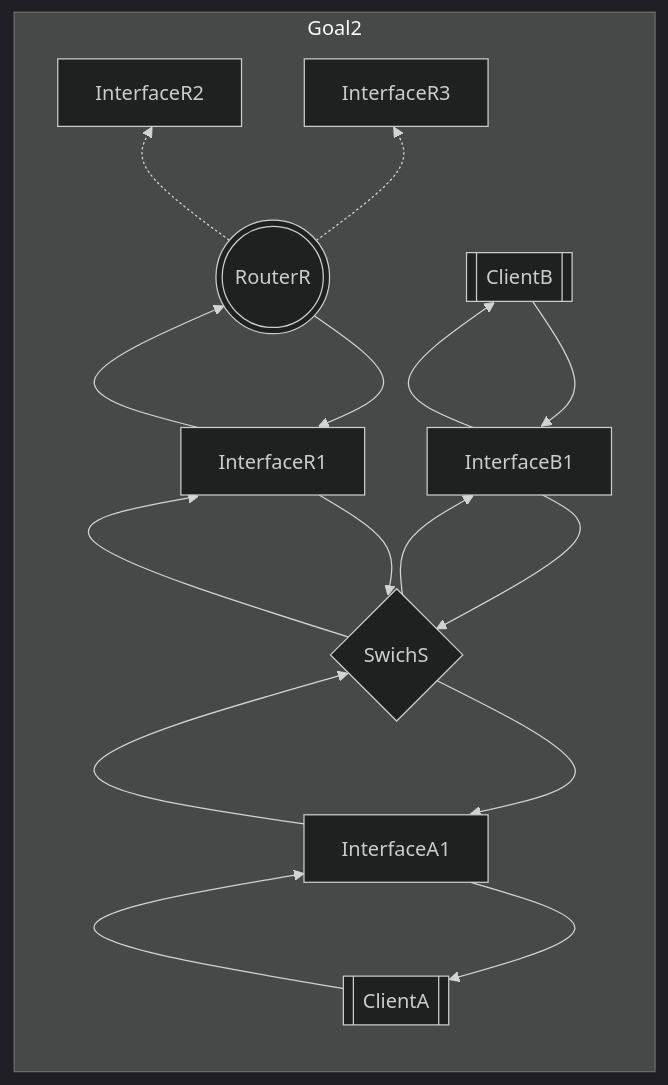
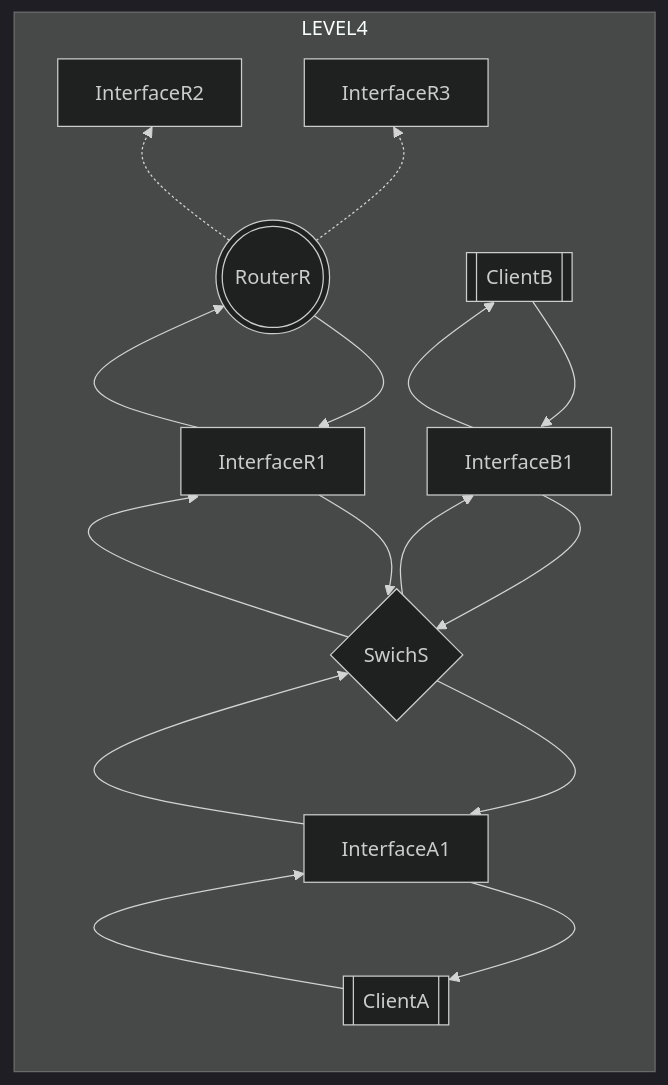
Before and after one commit to rikeda-cloud/net_practice: the first of 2 diagrams in level4.md, drawn with Mermaid. The commit also changed 7 other files, not shown here.

Commit message:
add level7.md && add chart label

````diff
--- a/level4.md
+++ b/level4.md
@@ -14,25 +14,25 @@
 ```mermaid
 %%{init:{'theme': 'dark'}}%%
 %%{init:{'flowchart': {'curve': 'natural'}}}%%
 flowchart
-subgraph Goal2
+subgraph LEVEL4
     direction BT
     CA[[ClientA]]
     CB[[ClientB]]
     RR(((RouterR)))
     IA[InterfaceA1]
     IB[InterfaceB1]
     IR1[InterfaceR1]
     IR2[InterfaceR2]
     IR3[InterfaceR3]
     S{SwichS}
     CA-->IA-->CA
     IA-->S-->IA
     RR-.->IR2
     RR-.->IR3
     RR-->IR1-->RR
     IR1-->S-->IR1
     CB-->IB-->CB
     IB-->S-->IB
 end
 ```
````
